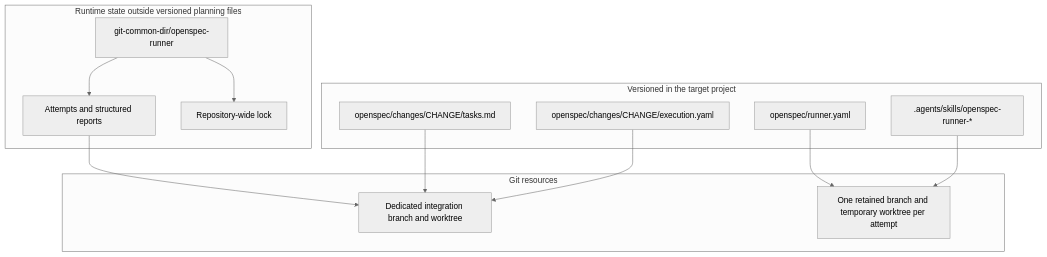
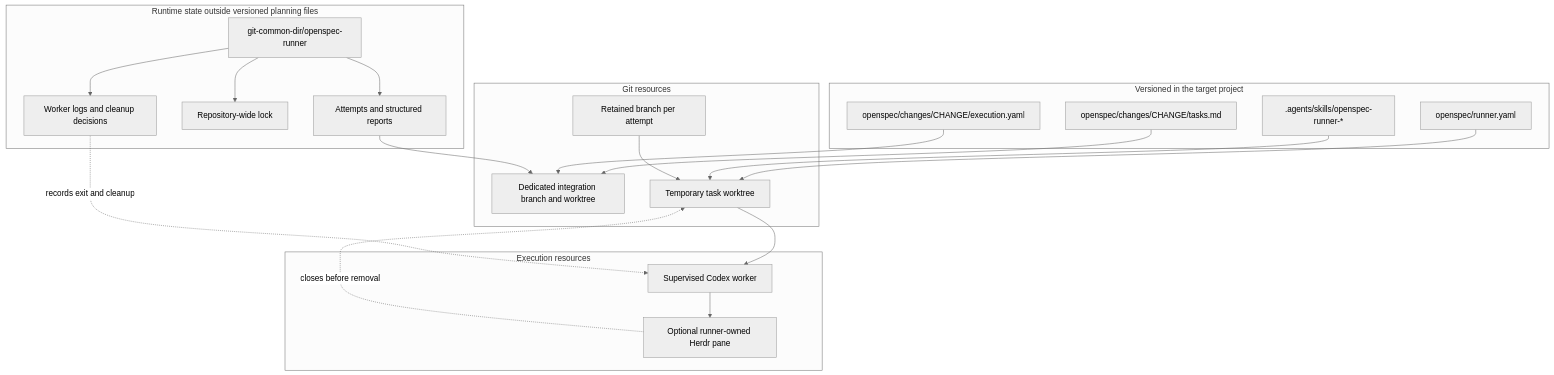
The second of 4 diagrams in README.md (vfedoriv/openspec-runner), drawn with Mermaid (neutral theme) before and after one commit. The commit also changed other lines of this file and 2 other files, not shown here.

Commit message:
Document automated cleanup lifecycle

````diff
--- a/README.md
+++ b/README.md
@@ -77,28 +84,41 @@
 ```mermaid
 flowchart TB
     subgraph V[Versioned in the target project]
         A[openspec/changes/CHANGE/tasks.md]
         B[openspec/changes/CHANGE/execution.yaml]
         C[openspec/runner.yaml]
         D[.agents/skills/openspec-runner-*]
     end
 
     subgraph R[Runtime state outside versioned planning files]
         E[git-common-dir/openspec-runner]
         F[Attempts and structured reports]
         G[Repository-wide lock]
+        J[Worker logs and cleanup decisions]
         E --> F
         E --> G
+        E --> J
     end
 
     subgraph W[Git resources]
         H[Dedicated integration branch and worktree]
-        I[One retained branch and temporary worktree per attempt]
+        I[Retained branch per attempt]
+        K[Temporary task worktree]
+    end
+
+    subgraph T[Execution resources]
+        L[Supervised Codex worker]
+        M[Optional runner-owned Herdr pane]
     end
 
     A --> H
     B --> H
-    C --> I
-    D --> I
+    C --> K
+    D --> K
     F --> H
+    I --> K
+    K --> L
+    L --> M
+    J -. records exit and cleanup .-> L
+    M -. closes before removal .-> K
 ```
````
